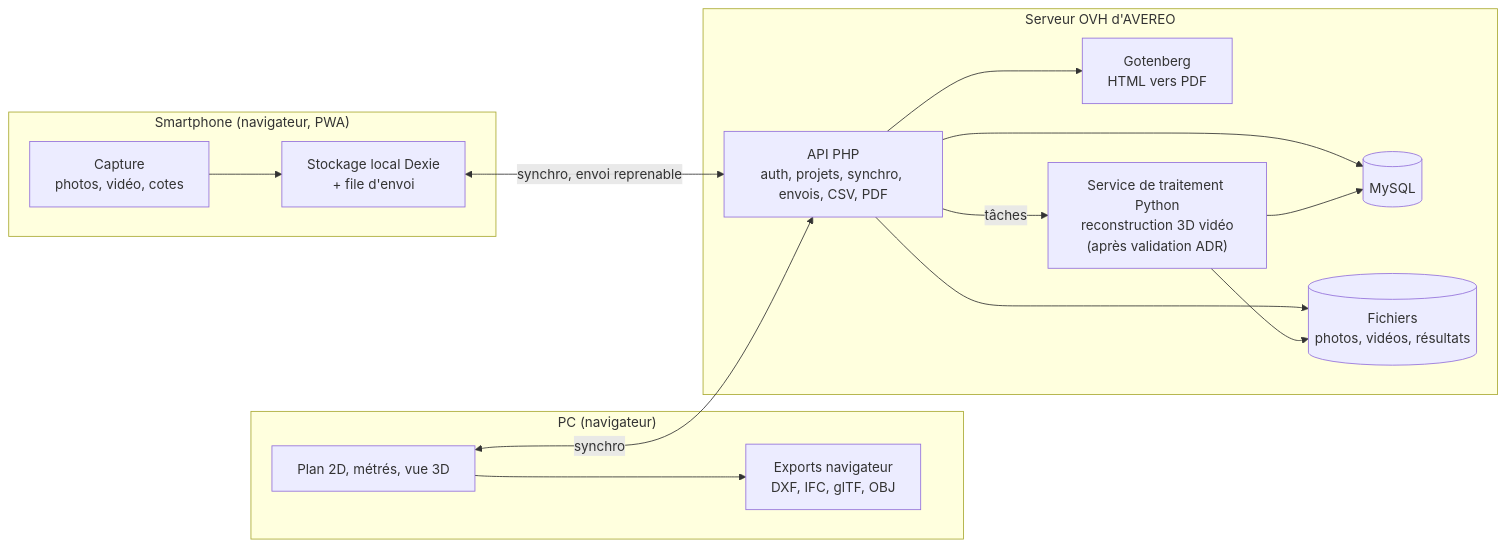
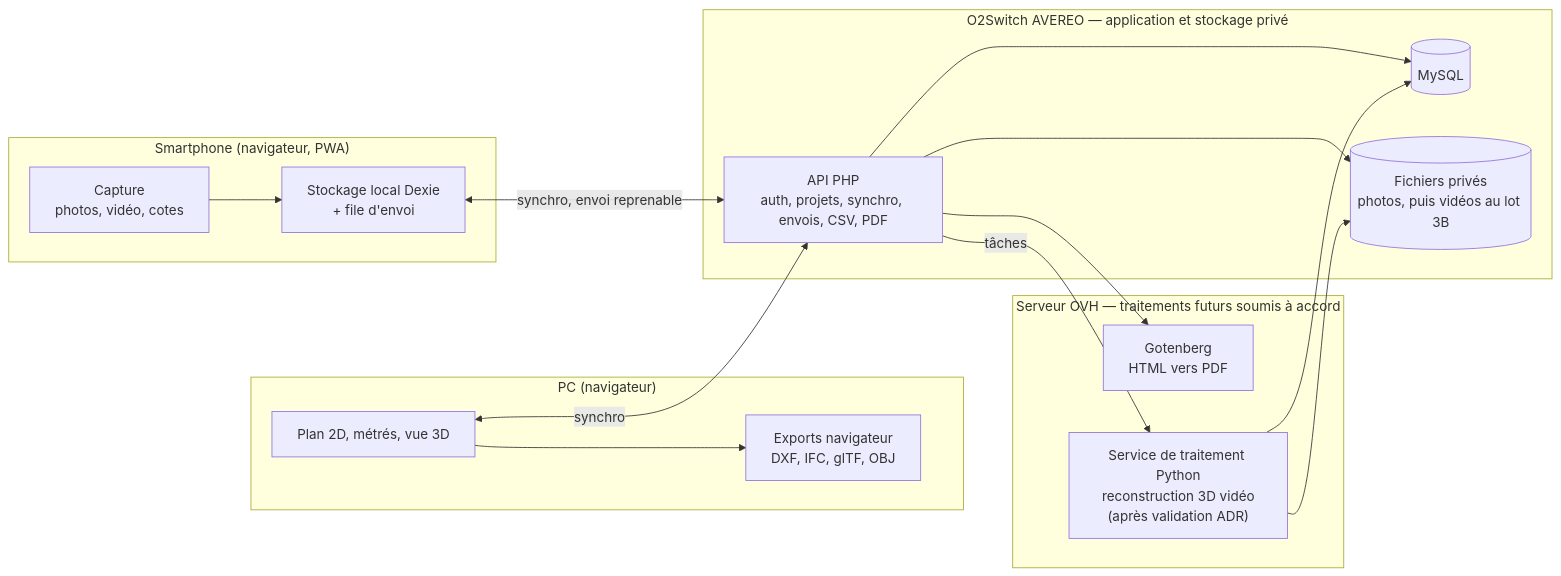
The diagram in architecture-v1/avereo-app-vision/docs/architecture.md (jpdandin44/AVEREO), drawn with Mermaid before and after one commit. The commit also changed other lines of this file and 41 other files, not shown here.

First line of the commit message:
feat(vision): données, serveur et synchronisation du terrain (Lot 3A)

````diff
--- a/architecture-v1/avereo-app-vision/docs/architecture.md
+++ b/architecture-v1/avereo-app-vision/docs/architecture.md
@@ -19,28 +19,30 @@
 ```mermaid
 flowchart LR
   subgraph Tel["Smartphone (navigateur, PWA)"]
     CAP["Capture<br/>photos, vidéo, cotes"]
     LOC["Stockage local Dexie<br/>+ file d'envoi"]
   end
   subgraph PC["PC (navigateur)"]
     EDIT["Plan 2D, métrés, vue 3D"]
     EXP["Exports navigateur<br/>DXF, IFC, glTF, OBJ"]
   end
-  subgraph OVH["Serveur OVH d'AVEREO"]
+  subgraph O2["O2Switch AVEREO — application et stockage privé"]
     API["API PHP<br/>auth, projets, synchro, envois, CSV, PDF"]
     DB[("MySQL")]
-    FS[("Fichiers<br/>photos, vidéos, résultats")]
+    FS[("Fichiers privés<br/>photos, puis vidéos au lot 3B")]
+  end
+  subgraph OVH["Serveur OVH — traitements futurs soumis à accord"]
     GOT["Gotenberg<br/>HTML vers PDF"]
     SVC["Service de traitement Python<br/>reconstruction 3D vidéo<br/>(après validation ADR)"]
   end
   CAP --> LOC
   LOC <-->|synchro, envoi reprenable| API
   EDIT <-->|synchro| API
   API --> DB
   API --> FS
   API --> GOT
   API -->|tâches| SVC
   SVC --> FS
   SVC --> DB
   EDIT --> EXP
 ```
````
